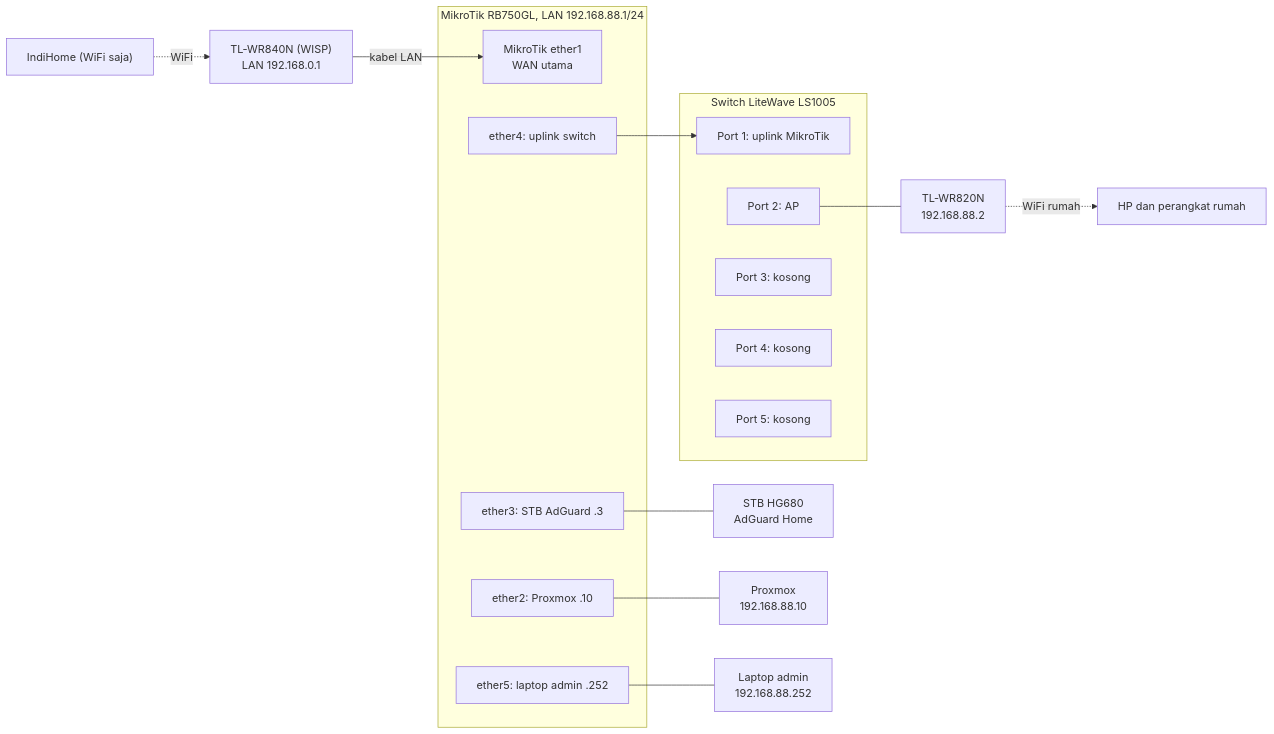
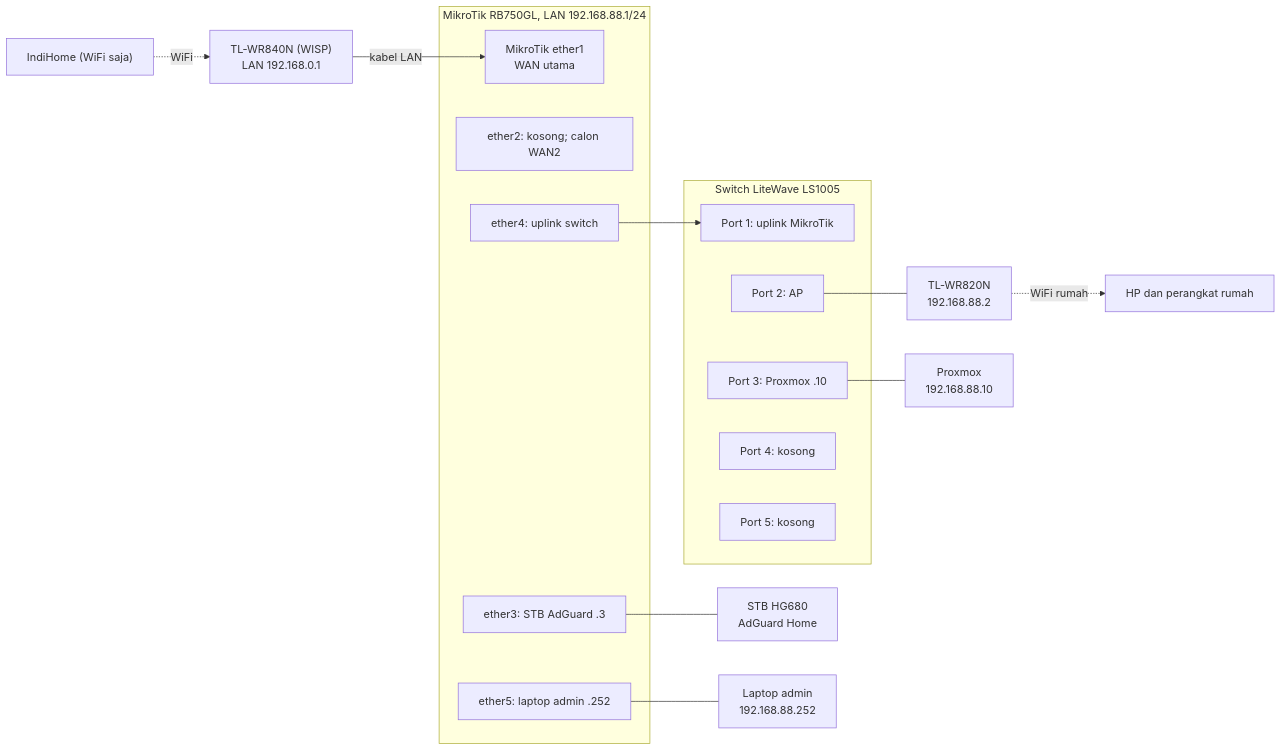
One commit to midnightcodeprotocol-corporation/home-server-lab changed the first of 8 diagrams in docs/02-rangkaian-koneksi.md. Above: the diagram before and after it, drawn with Mermaid. The commit also changed other lines of this file and 10 other files, not shown here.

````diff
--- a/docs/02-rangkaian-koneksi.md
+++ b/docs/02-rangkaian-koneksi.md
@@ -7,25 +7,25 @@
 ```mermaid
 flowchart LR
   ISP["IndiHome (WiFi saja)"] -. WiFi .-> WR840["TL-WR840N (WISP)<br/>LAN 192.168.0.1"]
   WR840 -- "kabel LAN" --> E1["MikroTik ether1<br/>WAN utama"]
   subgraph MT["MikroTik RB750GL, LAN 192.168.88.1/24"]
     E1
-    E2["ether2: Proxmox .10"]
+    E2["ether2: kosong; calon WAN2"]
     E3["ether3: STB AdGuard .3"]
     E4["ether4: uplink switch"]
     E5["ether5: laptop admin .252"]
   end
   E3 --- STB["STB HG680<br/>AdGuard Home"]
   E4 --> SW1
   subgraph SW["Switch LiteWave LS1005"]
     SW1["Port 1: uplink MikroTik"]
     SW2["Port 2: AP"]
-    SW3["Port 3: kosong"]
+    SW3["Port 3: Proxmox .10"]
     SW4["Port 4: kosong"]
     SW5["Port 5: kosong"]
   end
   SW2 --- AP["TL-WR820N<br/>192.168.88.2"]
   AP -. "WiFi rumah" .-> CL["HP dan perangkat rumah"]
-  E2 --- PVE["Proxmox<br/>192.168.88.10"]
+  SW3 --- PVE["Proxmox<br/>192.168.88.10"]
   E5 --- LAP["Laptop admin<br/>192.168.88.252"]
 ```
````
